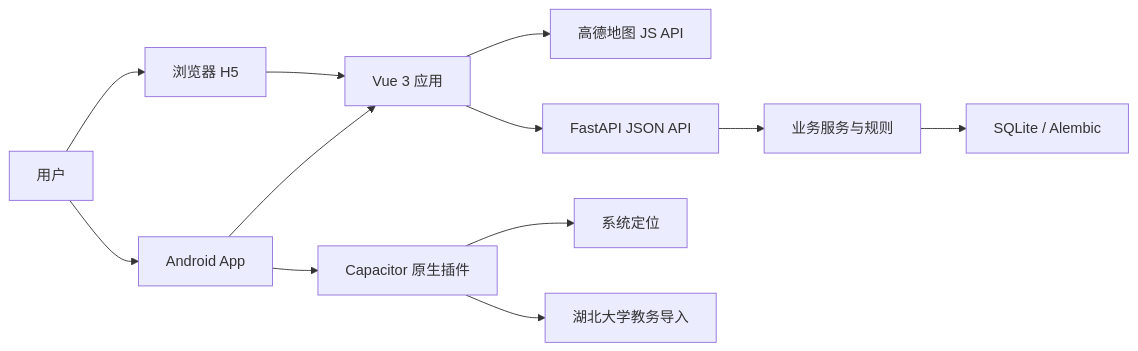
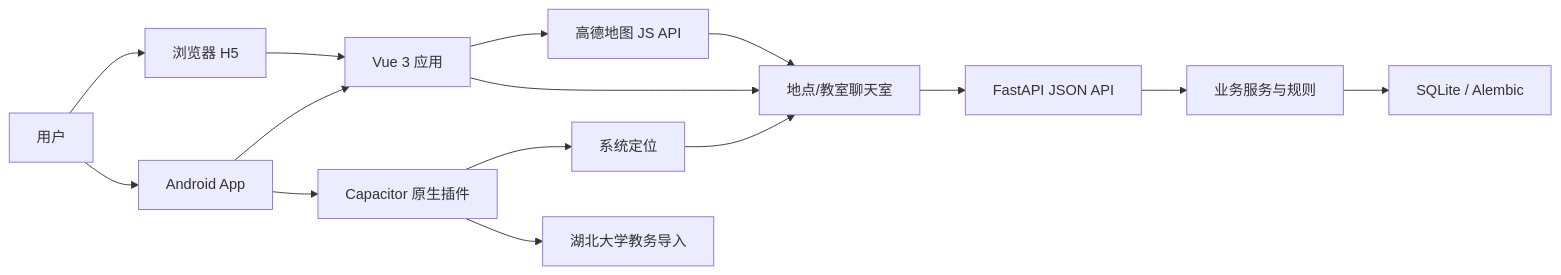
Before and after one commit to future1252025-png/zhixing: the diagram in docs/ARCHITECTURE_OVERVIEW.md, drawn with Mermaid. The commit also changed other lines of this file and 11 other files, not shown here.

````diff
--- a/docs/ARCHITECTURE_OVERVIEW.md
+++ b/docs/ARCHITECTURE_OVERVIEW.md
@@ -5,14 +5,17 @@
 ```mermaid
 flowchart LR
   User["用户"] --> Web["浏览器 H5"]
   User --> App["Android App"]
   Web --> Vue["Vue 3 应用"]
   App --> Vue
   App --> Native["Capacitor 原生插件"]
   Native --> Location["系统定位"]
   Native --> Hubu["湖北大学教务导入"]
   Vue --> AMap["高德地图 JS API"]
-  Vue --> API["FastAPI JSON API"]
+  Vue --> Chat["地点/教室聊天室"]
+  Chat --> API["FastAPI JSON API"]
+  Location --> Chat
+  AMap --> Chat
   API --> Services["业务服务与规则"]
   Services --> DB["SQLite / Alembic"]
 ```
````
